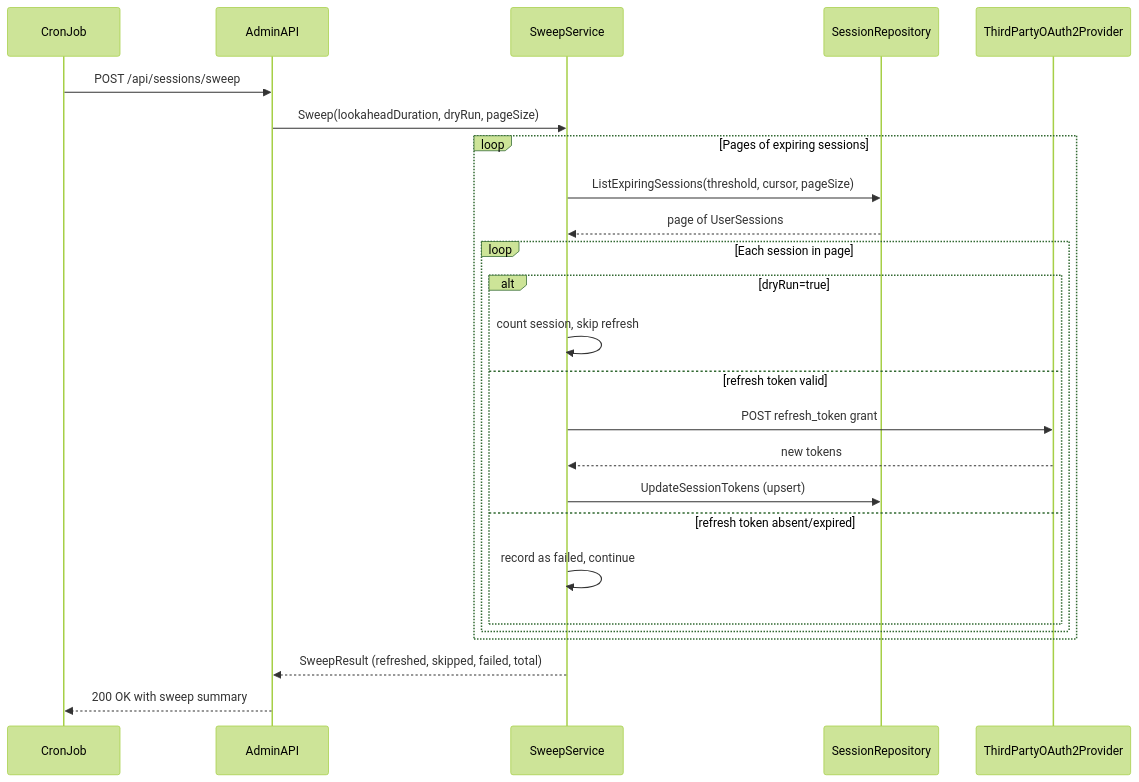
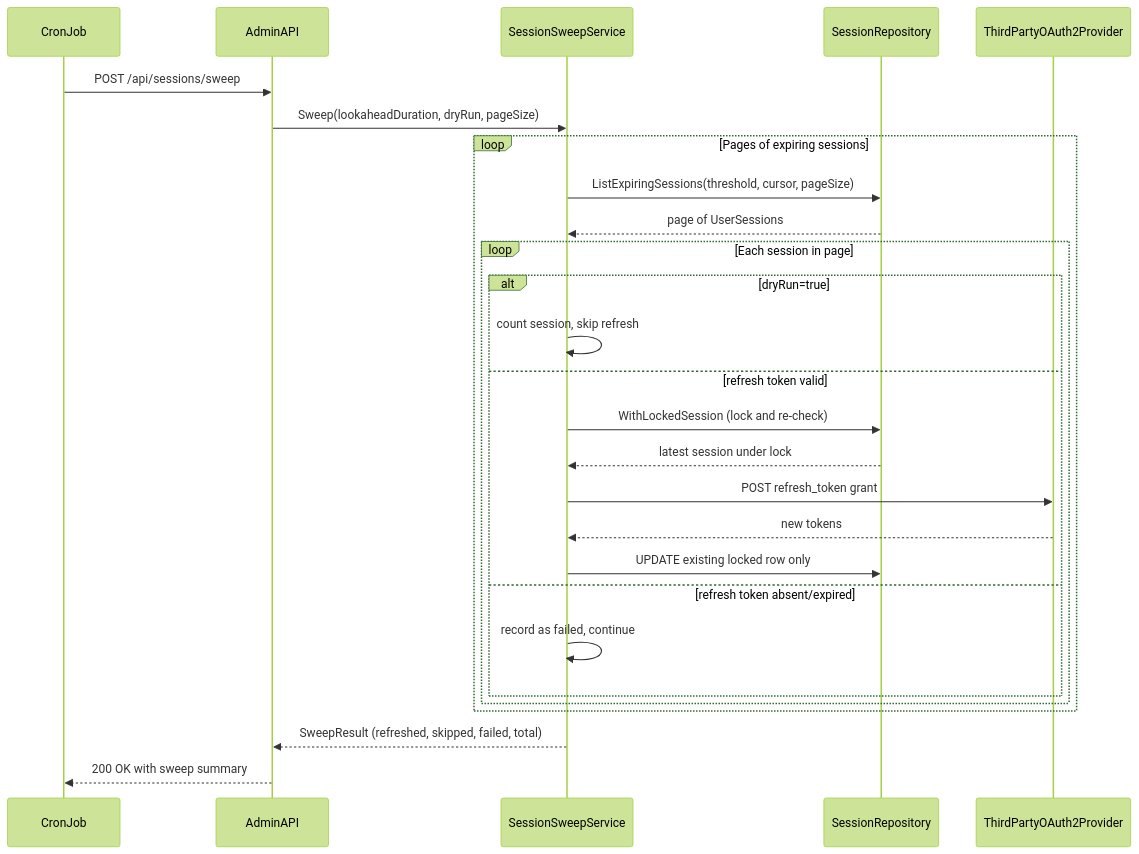
The second of 2 diagrams in specs/029-proactive-token-refresh/spec.md (zalando-incubator/agentic-identity-broker), drawn with Mermaid (forest theme) before and after one commit. The commit also changed other lines of this file and 9 other files, not shown here.

Commit message:
docs(spec): reconcile proactive token refresh artifacts

````diff
--- a/specs/029-proactive-token-refresh/spec.md
+++ b/specs/029-proactive-token-refresh/spec.md
@@ -139,31 +143,33 @@
 ```mermaid
 sequenceDiagram
     participant CronJob
     participant AdminAPI
-    participant SweepService
+    participant SessionSweepService
     participant SessionRepository
     participant ThirdPartyOAuth2Provider
 
     CronJob->>AdminAPI: POST /api/sessions/sweep
-    AdminAPI->>SweepService: Sweep(lookaheadDuration, dryRun, pageSize)
+    AdminAPI->>SessionSweepService: Sweep(lookaheadDuration, dryRun, pageSize)
 
     loop Pages of expiring sessions
-        SweepService->>SessionRepository: ListExpiringSessions(threshold, cursor, pageSize)
-        SessionRepository-->>SweepService: page of UserSessions
+        SessionSweepService->>SessionRepository: ListExpiringSessions(threshold, cursor, pageSize)
+        SessionRepository-->>SessionSweepService: page of UserSessions
 
         loop Each session in page
             alt dryRun=true
-                SweepService->>SweepService: count session, skip refresh
+                SessionSweepService->>SessionSweepService: count session, skip refresh
             else refresh token valid
-                SweepService->>ThirdPartyOAuth2Provider: POST refresh_token grant
-                ThirdPartyOAuth2Provider-->>SweepService: new tokens
-                SweepService->>SessionRepository: UpdateSessionTokens (upsert)
+                SessionSweepService->>SessionRepository: WithLockedSession (lock and re-check)
+                SessionRepository-->>SessionSweepService: latest session under lock
+                SessionSweepService->>ThirdPartyOAuth2Provider: POST refresh_token grant
+                ThirdPartyOAuth2Provider-->>SessionSweepService: new tokens
+                SessionSweepService->>SessionRepository: UPDATE existing locked row only
             else refresh token absent/expired
-                SweepService->>SweepService: record as failed, continue
+                SessionSweepService->>SessionSweepService: record as failed, continue
             end
         end
     end
 
-    SweepService-->>AdminAPI: SweepResult (refreshed, skipped, failed, total)
+    SessionSweepService-->>AdminAPI: SweepResult (refreshed, skipped, failed, total)
     AdminAPI-->>CronJob: 200 OK with sweep summary
 ```
````
